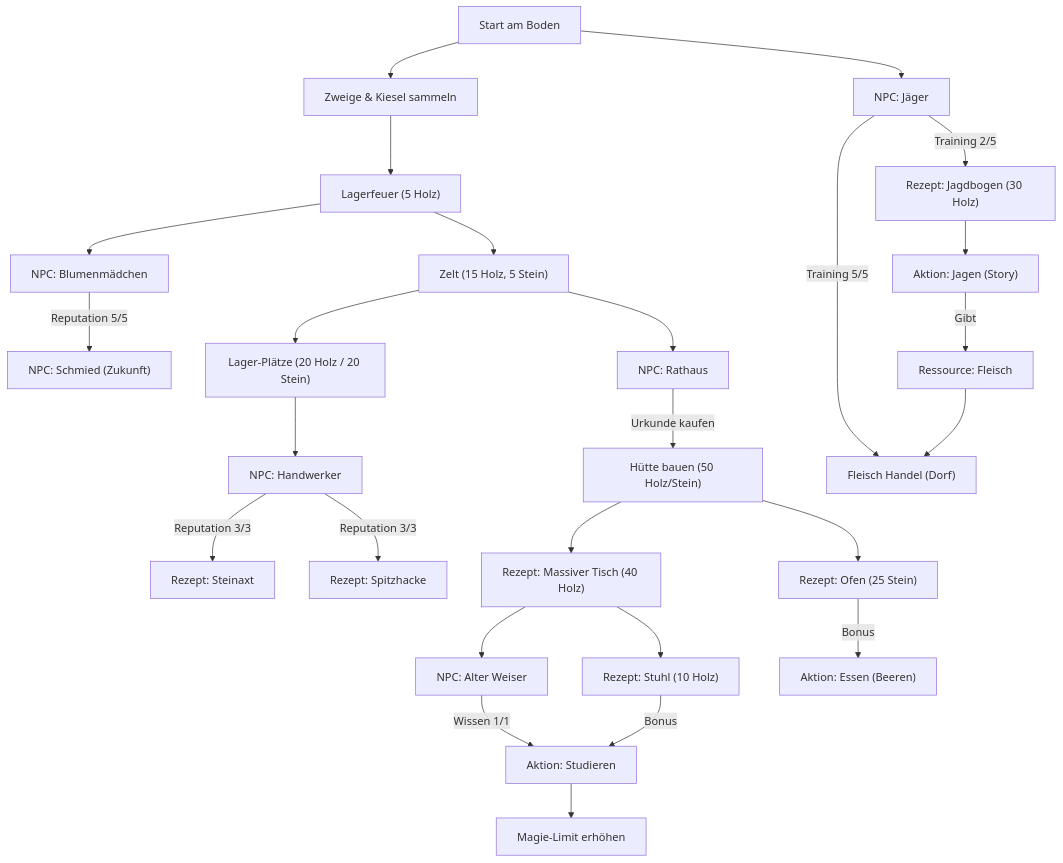
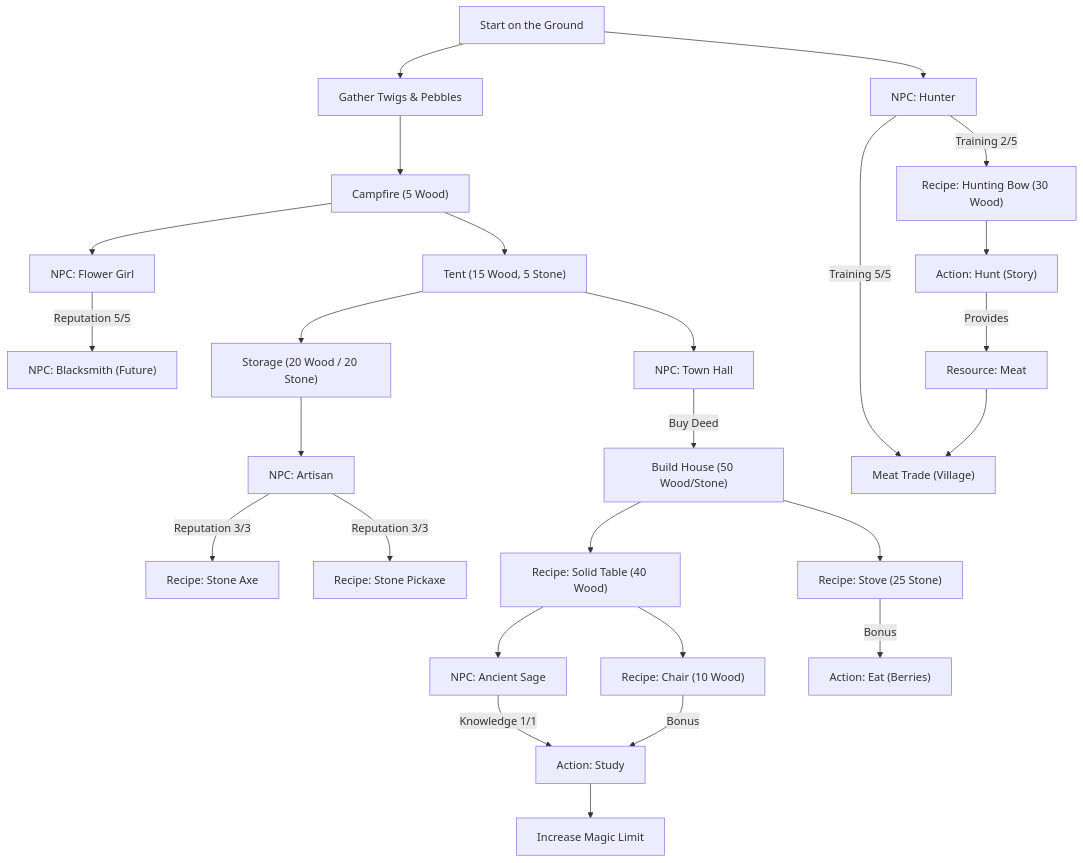
Before and after one commit to Lassandriel/My-earned-Wings: the diagram in docs/PROGRESSION.md, drawn with Mermaid. The commit also changed other lines of this file and 20 other files, not shown here.

Commit message:
feat: implement core game systems including audio, juice effects, NPC interactions, and village economy mechanics.

````diff
--- a/docs/PROGRESSION.md
+++ b/docs/PROGRESSION.md
@@ -5,44 +5,44 @@
 ```mermaid
 graph TD
     %% Start
-    Start["Start am Boden"] --> Gather["Zweige & Kiesel sammeln"]
-    Gather --> Campfire["Lagerfeuer (5 Holz)"]
-    Campfire --> FlowerGirl["NPC: Blumenmädchen"]
+    Start["Start on the Ground"] --> Gather["Gather Twigs & Pebbles"]
+    Gather --> Campfire["Campfire (5 Wood)"]
+    Campfire --> FlowerGirl["NPC: Flower Girl"]
     
     %% Flower Girl Chain
-    FlowerGirl -- "Reputation 5/5" --> Blacksmith["NPC: Schmied (Zukunft)"]
+    FlowerGirl -- "Reputation 5/5" --> Blacksmith["NPC: Blacksmith (Future)"]
     
     %% Housing Chain
-    Campfire --> Tent["Zelt (15 Holz, 5 Stein)"]
-    Tent --> TownHall["NPC: Rathaus"]
-    Tent --> Storage["Lager-Plätze (20 Holz / 20 Stein)"]
-    Storage --> Artisan["NPC: Handwerker"]
+    Campfire --> Tent["Tent (15 Wood, 5 Stone)"]
+    Tent --> TownHall["NPC: Town Hall"]
+    Tent --> Storage["Storage (20 Wood / 20 Stone)"]
+    Storage --> Artisan["NPC: Artisan"]
     
     %% Tools
-    Artisan -- "Reputation 3/3" --> Axe["Rezept: Steinaxt"]
-    Artisan -- "Reputation 3/3" --> Pickaxe["Rezept: Spitzhacke"]
+    Artisan -- "Reputation 3/3" --> Axe["Recipe: Stone Axe"]
+    Artisan -- "Reputation 3/3" --> Pickaxe["Recipe: Stone Pickaxe"]
     
     %% Advanced Housing
-    TownHall -- "Urkunde kaufen" --> House["Hütte bauen (50 Holz/Stein)"]
-    House --> Table["Rezept: Massiver Tisch (40 Holz)"]
-    Table --> Sage["NPC: Alter Weiser"]
+    TownHall -- "Buy Deed" --> House["Build House (50 Wood/Stone)"]
+    House --> Table["Recipe: Solid Table (40 Wood)"]
+    Table --> Sage["NPC: Ancient Sage"]
     
     %% Magic Chain
-    Sage -- "Wissen 1/1" --> Study["Aktion: Studieren"]
-    Study --> MagicCap["Magie-Limit erhöhen"]
+    Sage -- "Knowledge 1/1" --> Study["Action: Study"]
+    Study --> MagicCap["Increase Magic Limit"]
     
     %% Furniture Synergies
-    Table --> Chair["Rezept: Stuhl (10 Holz)"]
+    Table --> Chair["Recipe: Chair (10 Wood)"]
     Chair -- "Bonus" --> Study
     
-    House --> Stove["Rezept: Ofen (25 Stein)"]
-    Stove -- "Bonus" --> Eat["Aktion: Essen (Beeren)"]
+    House --> Stove["Recipe: Stove (25 Stone)"]
+    Stove -- "Bonus" --> Eat["Action: Eat (Berries)"]
     
     %% Hunter Saga
-    Start --> Hunter["NPC: Jäger"]
-    Hunter -- "Training 2/5" --> Bow["Rezept: Jagdbogen (30 Holz)"]
-    Bow --> Hunt["Aktion: Jagen (Story)"]
-    Hunter -- "Training 5/5" --> MeatTrade["Fleisch Handel (Dorf)"]
-    Hunt -- "Gibt" --> Meat["Ressource: Fleisch"]
+    Start --> Hunter["NPC: Hunter"]
+    Hunter -- "Training 2/5" --> Bow["Recipe: Hunting Bow (30 Wood)"]
+    Bow --> Hunt["Action: Hunt (Story)"]
+    Hunter -- "Training 5/5" --> MeatTrade["Meat Trade (Village)"]
+    Hunt -- "Provides" --> Meat["Resource: Meat"]
     Meat --> MeatTrade
 ```
````
